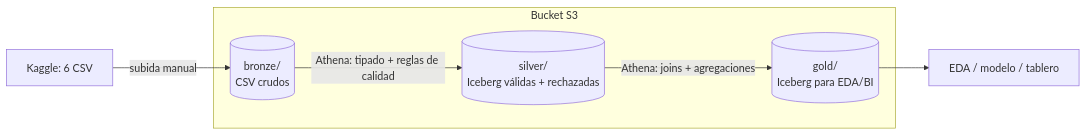
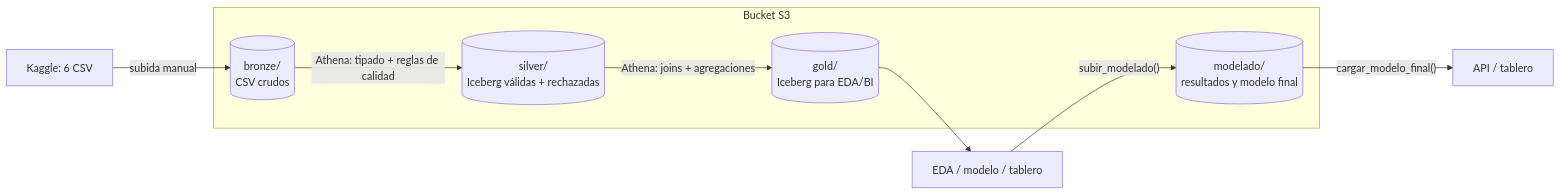
One commit to NyctoC/outliers-churn-medallion changed the diagram in README.md. Above: the diagram before and after it, drawn with Mermaid. The commit also changed other lines of this file, not shown here.

Commit message:
Actualización del README.md con la etapa de modelado y cierre de la misma

````diff
--- a/README.md
+++ b/README.md
@@ -14,12 +15,15 @@
 ```mermaid
 flowchart LR
     K[Kaggle: 6 CSV] -->|subida manual| B
     subgraph S3[Bucket S3]
       B[(bronze/<br/>CSV crudos)]
       S[(silver/<br/>Iceberg válidas + rechazadas)]
       G[(gold/<br/>Iceberg para EDA/BI)]
+      M[(modelado/<br/>resultados y modelo final)]
     end
     B -->|"Athena: tipado + reglas de calidad"| S
     S -->|"Athena: joins + agregaciones"| G
     G --> E[EDA / modelo / tablero]
+    E -->|"subir_modelado()"| M
+    M -->|"cargar_modelo_final()"| A[API / tablero]
 ```
````
